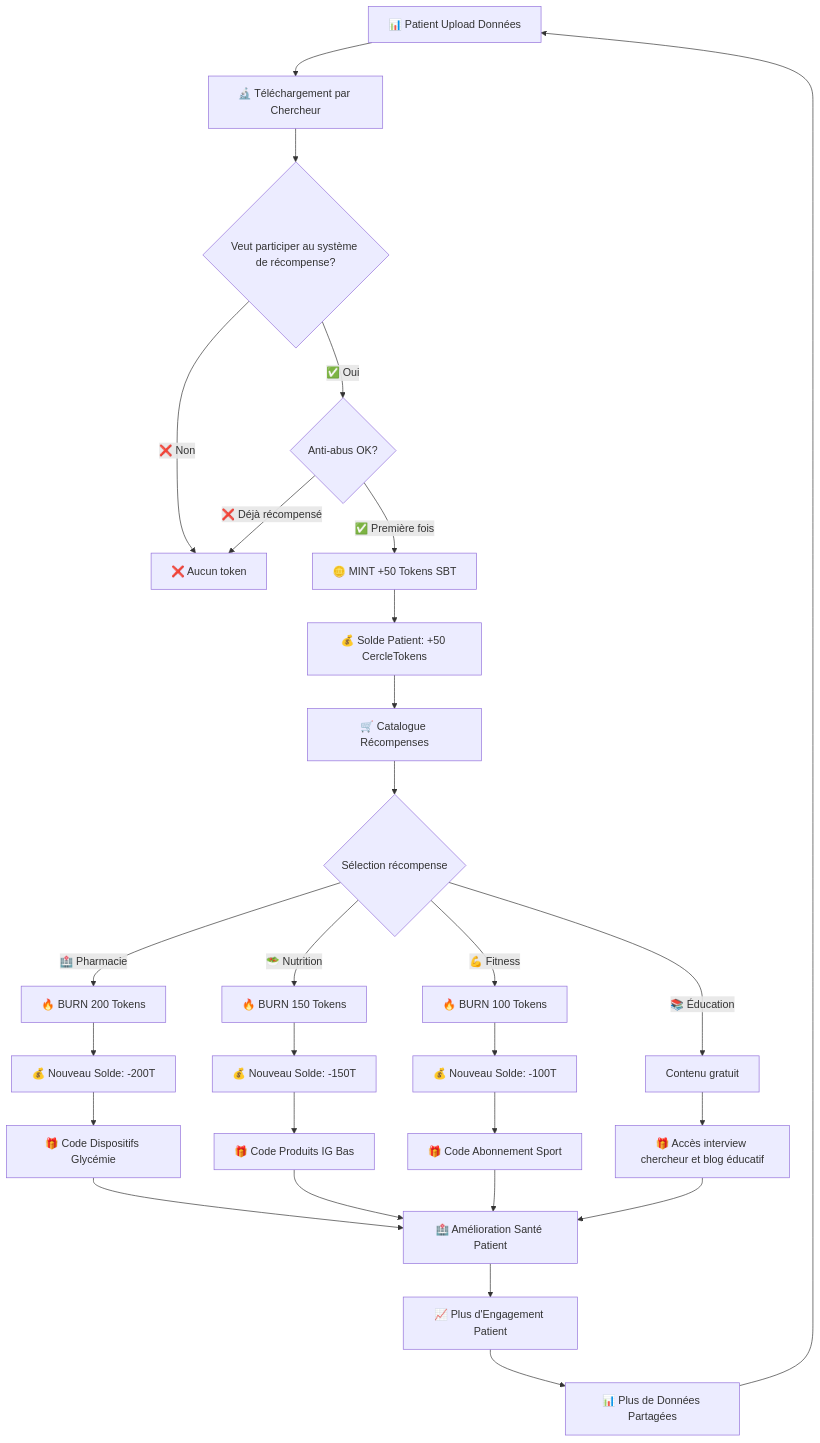
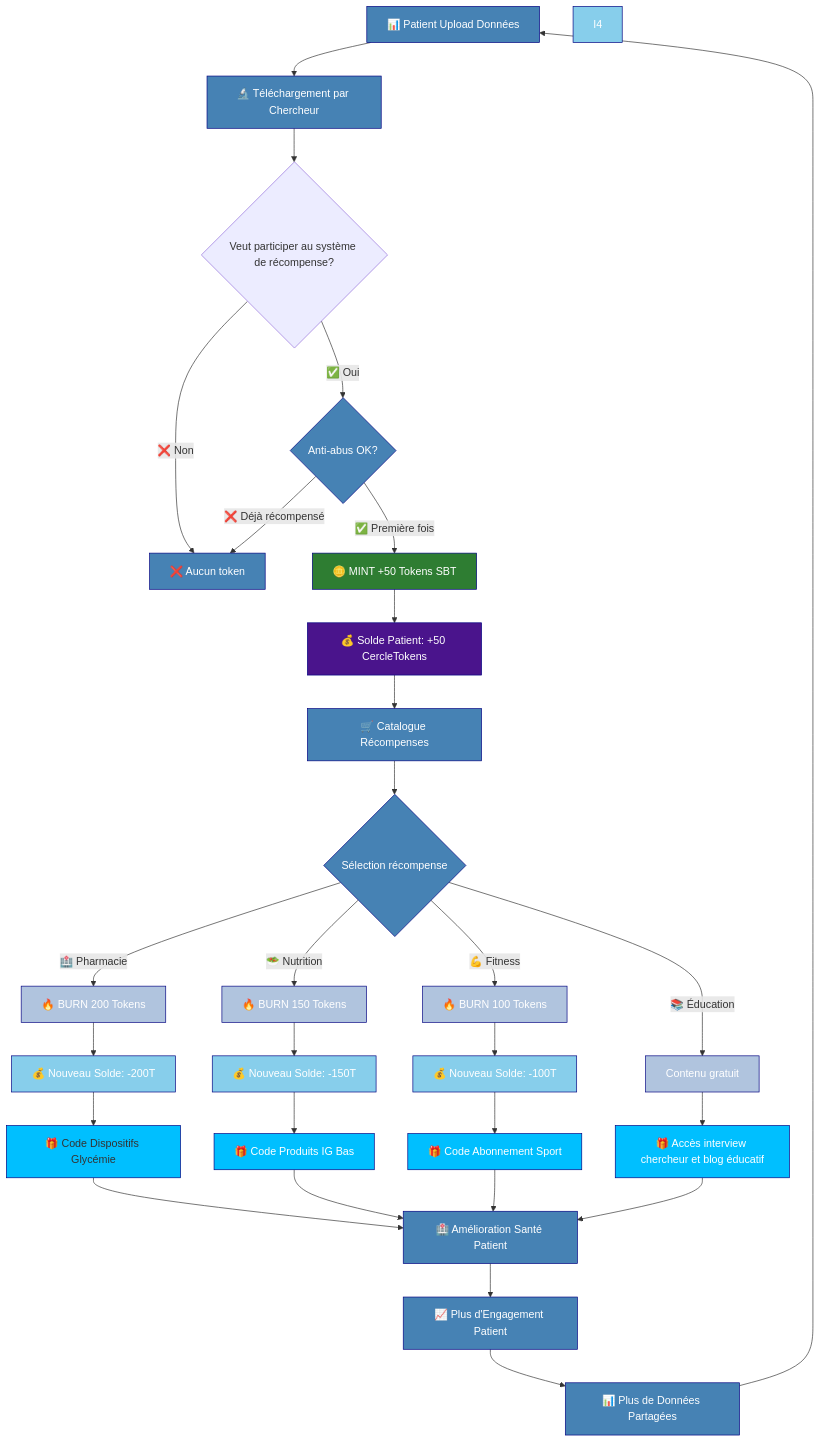
One commit to lasiouce/mon_cercle_sante changed the first of 2 diagrams in README.md. Above: the diagram before and after it, drawn with Mermaid.

````diff
--- a/README.md
+++ b/README.md
@@ -26,41 +26,59 @@
 ```mermaid
 graph TD
 A[📊 Patient Upload Données] --> B[🔬 Téléchargement par Chercheur]
 
 B --> N{Veut participer au système de récompense?}
 N -->|✅ Oui| C{Anti-abus OK?}
 N -->|❌ Non| X[❌ Aucun token]
 
 C -->|✅ Première fois| D[🪙 MINT +50 Tokens SBT]
 C -->|❌ Déjà récompensé| X[❌ Aucun token]
 
 D --> E[💰 Solde Patient: +50 CercleTokens]
 
 E --> F[🛒 Catalogue Récompenses]
 F --> G{Sélection récompense}
 
 G -->|🏥 Pharmacie| H1[🔥 BURN 200 Tokens]
 G -->|🥗 Nutrition| H2[🔥 BURN 150 Tokens]
 G -->|💪 Fitness| H3[🔥 BURN 100 Tokens]
 G -->|📚 Éducation| H4[Contenu gratuit]
 
 H1 --> I1[💰 Nouveau Solde: -200T]
 H2 --> I2[💰 Nouveau Solde: -150T]
 H3 --> I3[💰 Nouveau Solde: -100T]
 
 
 I1 --> J1[🎁 Code Dispositifs Glycémie]
 I2 --> J2[🎁 Code Produits IG Bas]
 I3 --> J3[🎁 Code Abonnement Sport]
 H4 --> J4[🎁 Accès interview chercheur et blog éducatif]
 
 J1 --> K[🏥 Amélioration Santé Patient]
 J2 --> K
 J3 --> K
 J4 --> K
 
 K --> L[📈 Plus d'Engagement Patient]
 L --> M[📊 Plus de Données Partagées]
 M --> A
 
+%% Styles avec couleurs foncées pour texte blancAdd commentMore actions
+    style D fill:#2E7D32,stroke:#000080,stroke-width:1px,color:#FFFFFF
+    style E fill:#4A148C,stroke:#000080,stroke-width:1px,color:#FFFFFF
+    style H1 fill:#B0C4DE,stroke:#000080,stroke-width:1px,color:#FFFFFF
+    style H2 fill:#B0C4DE,stroke:#000080,stroke-width:1px,color:#FFFFFF
+    style H3 fill:#B0C4DE,stroke:#000080,stroke-width:1px,color:#FFFFFF
+    style H4 fill:#B0C4DE,stroke:#000080,stroke-width:1px,color:#FFFFFF
+    style I1 fill:#87CEEB,stroke:#000080,stroke-width:1px,color:#FFFFFF
+    style I2 fill:#87CEEB,stroke:#000080,stroke-width:1px,color:#FFFFFF
+    style I3 fill:#87CEEB,stroke:#000080,stroke-width:1px,color:#FFFFFF
+    style I4 fill:#87CEEB,stroke:#000080,stroke-width:1px,color:#FFFFFF
+    style J1 fill:#00BFFF,stroke:#000080,stroke-width:1px,color:#FFFFFFAdd commentMore actions
+    style J2 fill:#00BFFF,stroke:#000080,stroke-width:1px,color:#FFFFFF
+    style J3 fill:#00BFFF,stroke:#000080,stroke-width:1px,color:#FFFFFF
+    style J4 fill:#00BFFF,stroke:#000080,stroke-width:1px,color:#FFFFFF
+    
+    classDef tokenFlow fill:#4682B4,stroke:#000080,stroke-width:1px,color:#FFFFFF
+    class A,B,C,F,G,K,L,M,X tokenFlow
 ```
````
